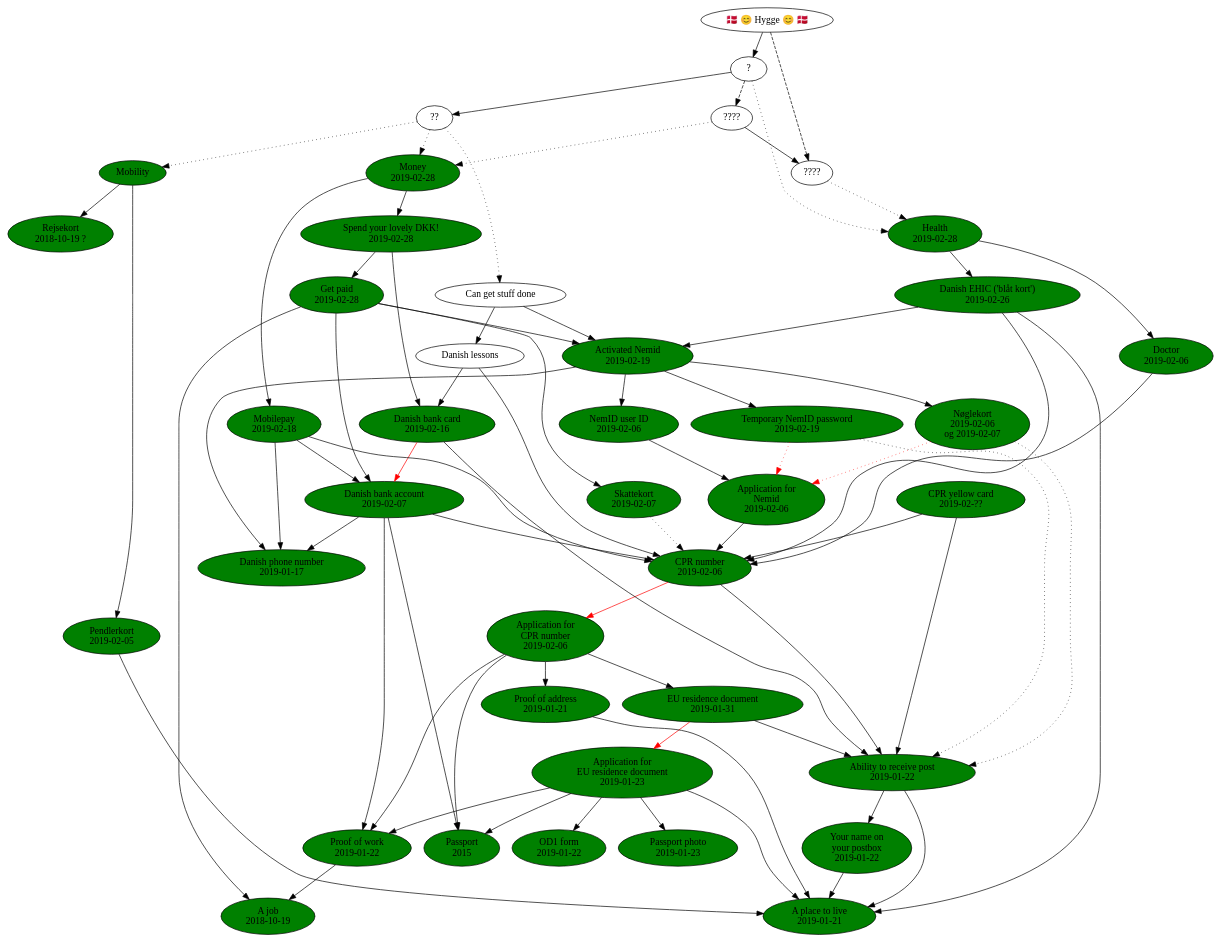
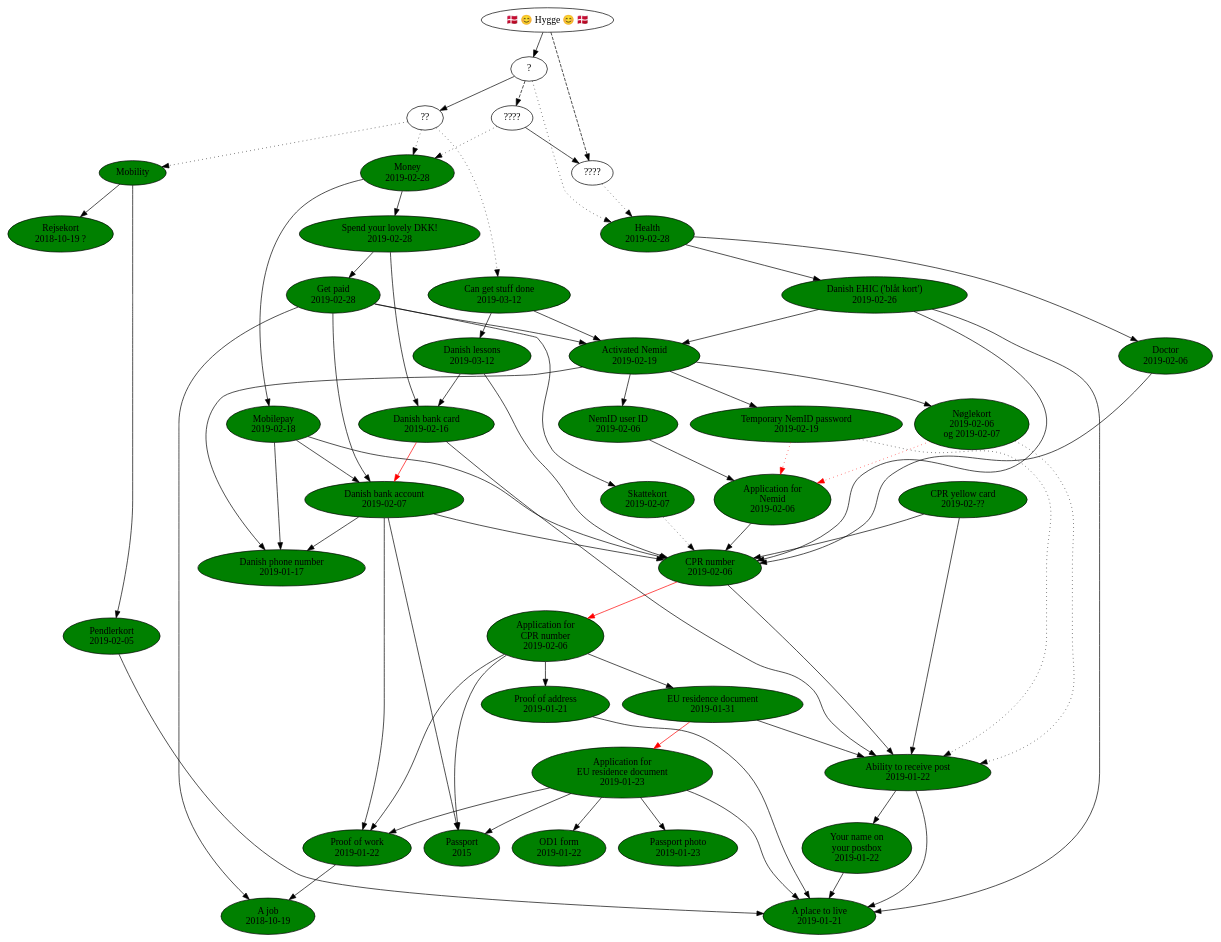
Before and after one commit to NoahBohme/emigrerer-til-danmark: the diagram in flytter-til-danmark.dot, drawn with Graphviz. The commit also changed 2 other files, not shown here.

```diff
--- a/flytter-til-danmark.dot
+++ b/flytter-til-danmark.dot
@@ -1,142 +1,142 @@
 digraph g {
   job [ label="A job\n2018-10-19" style=filled fillcolor=green ]
   proof_of_work [ label="Proof of work\n2019-01-22" style=filled fillcolor=green ]
   proof_of_work -> job
 
   passport [ label="Passport\n2015" style=filled fillcolor=green ]
 
   danish_phone_number [ label="Danish phone number\n2019-01-17" style=filled fillcolor=green ]
   rejsekort [ label="Rejsekort\n2018-10-19 ?" style=filled fillcolor=green ]
 
   place_to_live [ label="A place to live\n2019-01-21" style=filled fillcolor=green ]
 
   name_on_postbox [ label="Your name on\nyour postbox\n2019-01-22" style=filled fillcolor=green ]
   name_on_postbox -> place_to_live
 
   can_receive_post [ label="Ability to receive post\n2019-01-22" style=filled fillcolor=green ]
   can_receive_post -> place_to_live
   can_receive_post -> name_on_postbox
 
   pendlerkort [ label="Pendlerkort\n2019-02-05" style=filled fillcolor=green ]
   pendlerkort -> place_to_live
 
   eu_residence_document_application [ label="Application for\nEU residence document\n2019-01-23" style=filled fillcolor=green ]
   eu_residence_document_application -> place_to_live
   eu_residence_document_application -> proof_of_work
   eu_residence_document_application -> passport
   eu_residence_document_application -> od1_form
   od1_form [ label="OD1 form\n2019-01-22" style=filled fillcolor=green ]
   passport_photo [ label="Passport photo\n2019-01-23" style=filled fillcolor=green ]
   eu_residence_document_application -> passport_photo
 
   eu_residence_document [ label="EU residence document\n2019-01-31" style=filled fillcolor=green ]
   eu_residence_document -> eu_residence_document_application [ color="red" ]
   eu_residence_document -> can_receive_post
 
   cpr_number_application [ label="Application for\nCPR number\n2019-02-06" style=filled fillcolor=green ]
   cpr_number_application -> eu_residence_document
   cpr_number_application -> proof_of_work
   cpr_number_application -> proof_of_address
   cpr_number_application -> passport
 
   cpr_number [ label="CPR number\n2019-02-06" style=filled fillcolor=green ]
   cpr_number -> cpr_number_application [ color="red" ]
   cpr_number -> can_receive_post
   cpr_card [ label="CPR yellow card\n2019-02-??" style=filled fillcolor=green ]
   cpr_card -> cpr_number
   cpr_card -> can_receive_post
 
   proof_of_address [ label="Proof of address\n2019-01-21" style=filled fillcolor=green ]
   proof_of_address -> place_to_live
 
   skattekort [ label="Skattekort\n2019-02-07" style=filled fillcolor=green ]
   skattekort -> cpr_number [ style="dotted" ]
 
   nemid_application [ label="Application for\nNemid\n2019-02-06" style=filled fillcolor=green ]
   nemid_application -> cpr_number
   nemid_userid [ label="NemID user ID\n2019-02-06" style=filled fillcolor=green ]
   nemid_userid -> nemid_application
 
   danish_bank_account [ label="Danish bank account\n2019-02-07" style=filled fillcolor=green ]
   danish_bank_account -> cpr_number
   danish_bank_account -> proof_of_work
   danish_bank_account -> passport
   danish_bank_account -> danish_phone_number
 
   activated_nemid [ label="Activated Nemid\n2019-02-19" style=filled fillcolor=green ]
   activated_nemid -> nemid_userid
   activated_nemid -> danish_phone_number
   noglekort [ label="Nøglekort\n2019-02-06\nog 2019-02-07" style=filled fillcolor=green ]
   midlertidlig_nemid_adgangskode [ label="Temporary NemID password\n2019-02-19" style=filled fillcolor=green ]
   activated_nemid -> noglekort
   activated_nemid -> midlertidlig_nemid_adgangskode
   noglekort -> nemid_application [ style="dotted" color="red" ]
   midlertidlig_nemid_adgangskode -> nemid_application [ style="dotted" color="red" ]
   noglekort -> can_receive_post [ style="dotted" ]
   midlertidlig_nemid_adgangskode -> can_receive_post [ style="dotted" ]
 
   ehic [ label="Danish EHIC ('blåt kort')\n2019-02-26" style=filled fillcolor=green ]
   ehic -> cpr_number
   ehic -> activated_nemid
   ehic -> place_to_live
 
   doctor [ label="Doctor\n2019-02-06" style=filled fillcolor=green ]
   doctor -> cpr_number
 
   get_paid [ label="Get paid\n2019-02-28" style=filled fillcolor=green ]
   get_paid -> job
   get_paid -> skattekort
   get_paid -> danish_bank_account
   get_paid -> activated_nemid
 
-  danish_lessions [ label="Danish lessons" ]
+  danish_lessions [ label="Danish lessons\n2019-03-12" style=filled fillcolor=green ]
   danish_lessions -> cpr_number
   danish_lessions -> danish_bank_card
 
   danish_bank_card [ label="Danish bank card\n2019-02-16" style=filled fillcolor=green ]
   danish_bank_card -> danish_bank_account [ color="red" ]
   danish_bank_card -> can_receive_post
 
   spend_lovely_dkk [ label="Spend your lovely DKK!\n2019-02-28" style=filled fillcolor=green ]
   spend_lovely_dkk -> get_paid
   spend_lovely_dkk -> danish_bank_card
 
   mobilepay [ label="Mobilepay\n2019-02-18" style=filled fillcolor=green ]
   mobilepay -> cpr_number
   mobilepay -> danish_phone_number
   mobilepay -> danish_bank_account
 
   // Det endeligt mål
   hygge [ label="🇩🇰 😊 Hygge 😊 🇩🇰" ]
   // Deliberately vague so as not to imply that (a) hygge has a formula, or
   // (b) it depends on any of the named things
   hygge -> magi4 [ style=dashed ]
   hygge -> magi1
   magi1 [ label="?" ]
   magi4 [ label="????" ]
   magi2 [ label="??" ]
   magi3 [ label="????" ]
   magi3 -> magi4
   magi1 -> magi2
   magi1 -> magi3 [ style=dashed ]
 
   magi1 -> helbred [ style=dotted ]
   magi2 -> penge [ style=dotted ]
 
   magi4 -> helbred [ style=dotted ]
   helbred [ label="Health\n2019-02-28" style=filled fillcolor=green ]
   helbred -> doctor
   helbred -> ehic
   magi3 -> penge [ style=dotted ]
   penge [ label="Money\n2019-02-28" style=filled fillcolor=green ]
   penge -> spend_lovely_dkk
   penge -> mobilepay
   magi2 -> rejser [ style=dotted ]
   rejser [ label="Mobility" style=filled fillcolor=green ]
   rejser -> pendlerkort
   rejser -> rejsekort
   magi2 -> faa_ting_gjort [ style=dotted ]
-  faa_ting_gjort [ label="Can get stuff done" ]
+  faa_ting_gjort [ label="Can get stuff done\n2019-03-12" style=filled fillcolor=green ]
   faa_ting_gjort -> activated_nemid
   faa_ting_gjort -> danish_lessions
 }
```
